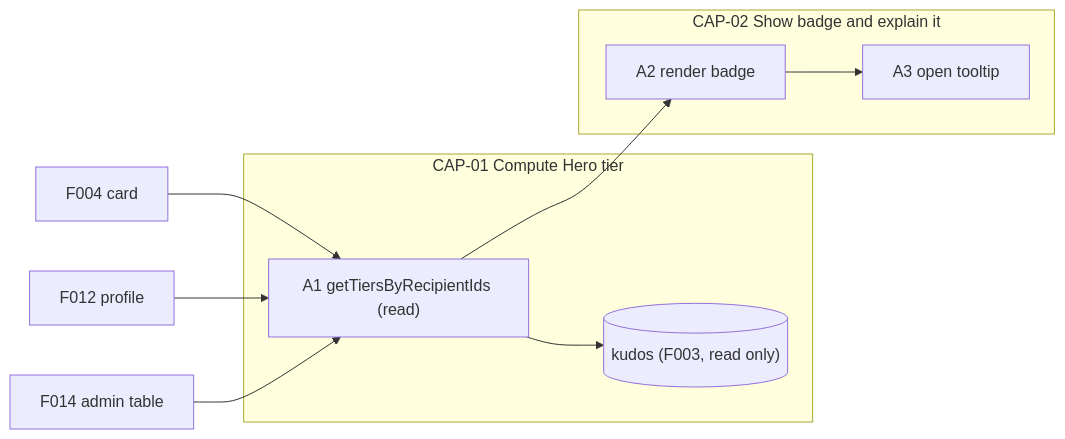
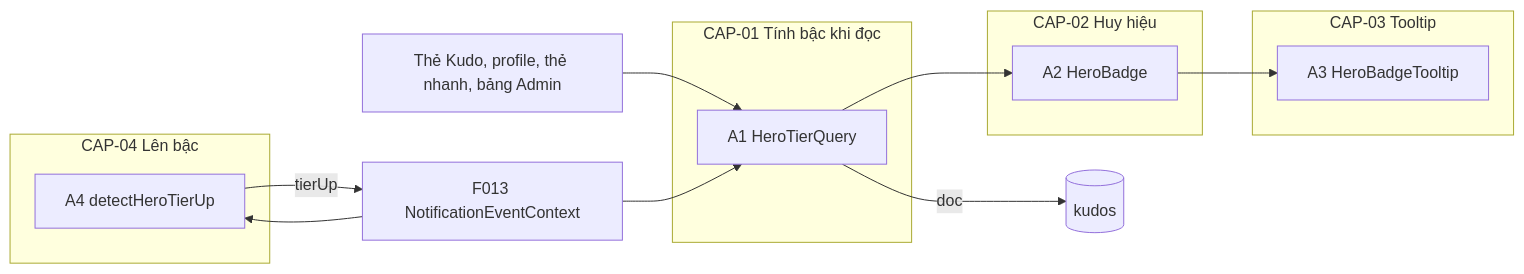
Before and after one commit to hailv-3571/agentic-coding-hands-on: the first of 4 diagrams in docs/features/F009_HeroBadges/technical-spec.md, drawn with Mermaid. The commit also changed other lines of this file and 250 other files, not shown here.

````diff
--- a/docs/features/F009_HeroBadges/technical-spec.md
+++ b/docs/features/F009_HeroBadges/technical-spec.md
@@ -23,15 +21,22 @@
 ```mermaid
 flowchart LR
-    subgraph CAP01["CAP-01 Compute Hero tier"]
-        A1["A1 getTiersByRecipientIds (read)"] --> T1[("kudos (F003, read only)")]
+    subgraph CAP01["CAP-01 Tính bậc khi đọc"]
+        A1["A1 HeroTierQuery"]
     end
-    subgraph CAP02["CAP-02 Show badge and explain it"]
-        A2["A2 render badge"]
-        A3["A3 open tooltip"]
-        A2 --> A3
+    subgraph CAP02["CAP-02 Huy hiệu"]
+        A2["A2 HeroBadge"]
     end
-    H4["F004 card"] --> A1
-    H12["F012 profile"] --> A1
-    H14["F014 admin table"] --> A1
+    subgraph CAP03["CAP-03 Tooltip"]
+        A3["A3 HeroBadgeTooltip"]
+    end
+    subgraph CAP04["CAP-04 Lên bậc"]
+        A4["A4 detectHeroTierUp"]
+    end
+    Hosts["Thẻ Kudo, profile, thẻ nhanh, bảng Admin"] --> A1
+    A1 -->|doc| T[("kudos")]
     A1 --> A2
+    A2 --> A3
+    Notif["F013 NotificationEventContext"] --> A1
+    Notif --> A4
+    A4 -->|tierUp| Notif
 ```
````
